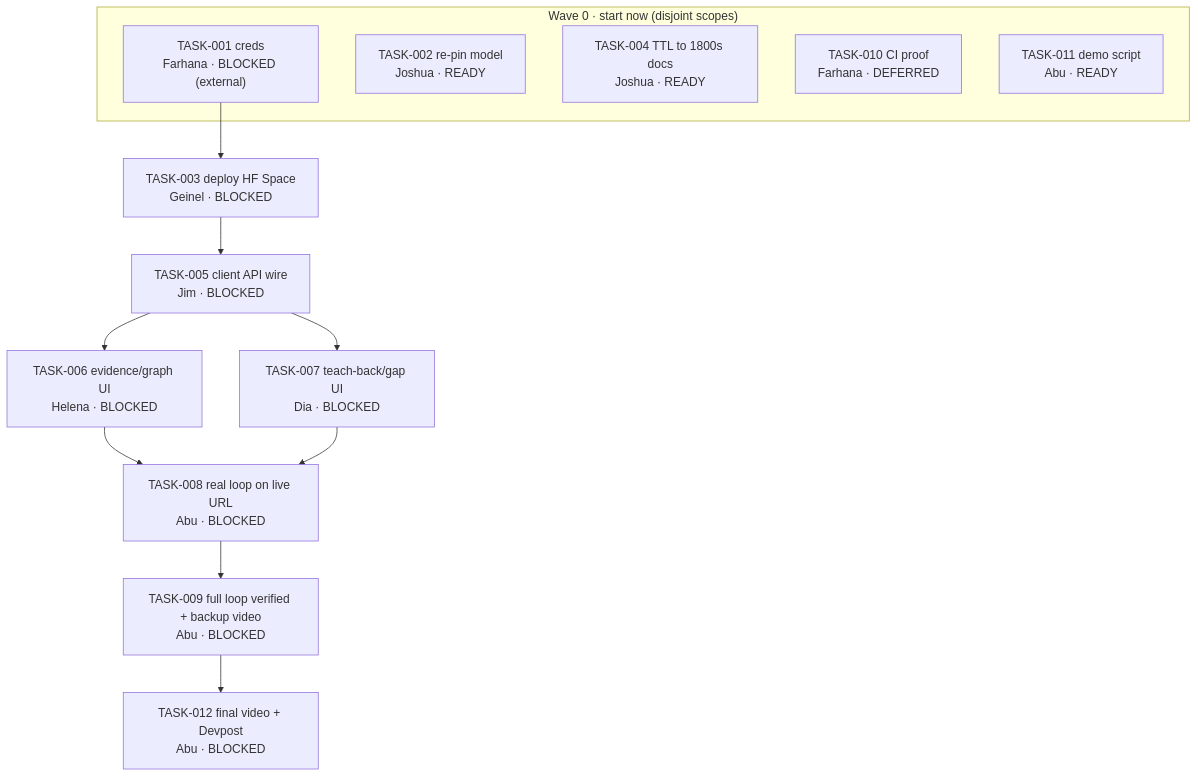
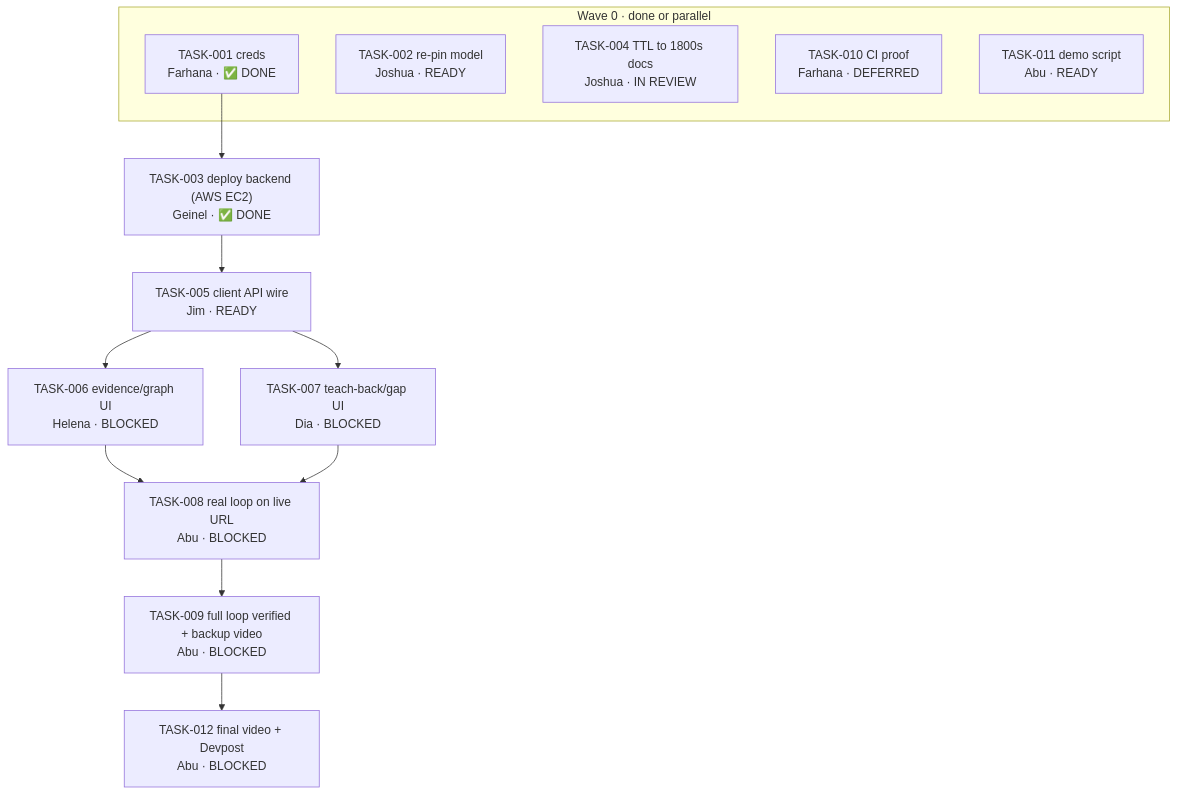
Before and after one commit to varietase/convex: the diagram in docs/implementation-plan.md, drawn with Mermaid. The commit also changed other lines of this file and 1 other file, not shown here.

Commit message:
docs: updated task 1 and 3 regarding deployment for backend, including the updated architecture in Agents.md

````diff
--- a/docs/implementation-plan.md
+++ b/docs/implementation-plan.md
@@ -128,24 +127,24 @@
 ```mermaid
 flowchart TD
-  subgraph W0["Wave 0 · start now (disjoint scopes)"]
-    T1["TASK-001 creds<br/>Farhana · BLOCKED (external)"]
+  subgraph W0["Wave 0 · done or parallel"]
+    T1["TASK-001 creds<br/>Farhana · ✅ DONE"]
     T2["TASK-002 re-pin model<br/>Joshua · READY"]
-    T4["TASK-004 TTL to 1800s docs<br/>Joshua · READY"]
+    T4["TASK-004 TTL to 1800s docs<br/>Joshua · IN REVIEW"]
     T10["TASK-010 CI proof<br/>Farhana · DEFERRED"]
     T11["TASK-011 demo script<br/>Abu · READY"]
   end
-  T3["TASK-003 deploy HF Space<br/>Geinel · BLOCKED"]
-  T5["TASK-005 client API wire<br/>Jim · BLOCKED"]
+  T3["TASK-003 deploy backend (AWS EC2)<br/>Geinel · ✅ DONE"]
+  T5["TASK-005 client API wire<br/>Jim · READY"]
   T6["TASK-006 evidence/graph UI<br/>Helena · BLOCKED"]
   T7["TASK-007 teach-back/gap UI<br/>Dia · BLOCKED"]
   T8["TASK-008 real loop on live URL<br/>Abu · BLOCKED"]
   T9["TASK-009 full loop verified + backup video<br/>Abu · BLOCKED"]
   T12["TASK-012 final video + Devpost<br/>Abu · BLOCKED"]
 
   T1 --> T3 --> T5
   T5 --> T6
   T5 --> T7
   T6 --> T8
   T7 --> T8
   T8 --> T9 --> T12
 ```
````
